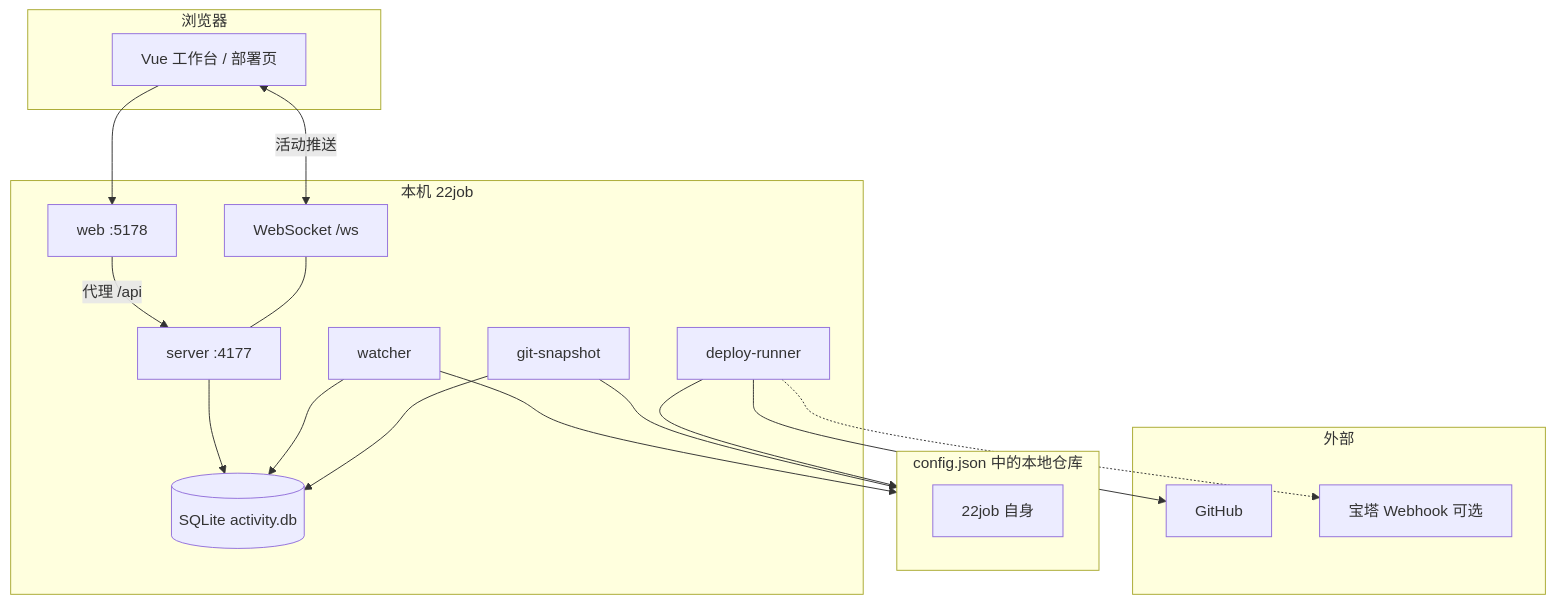
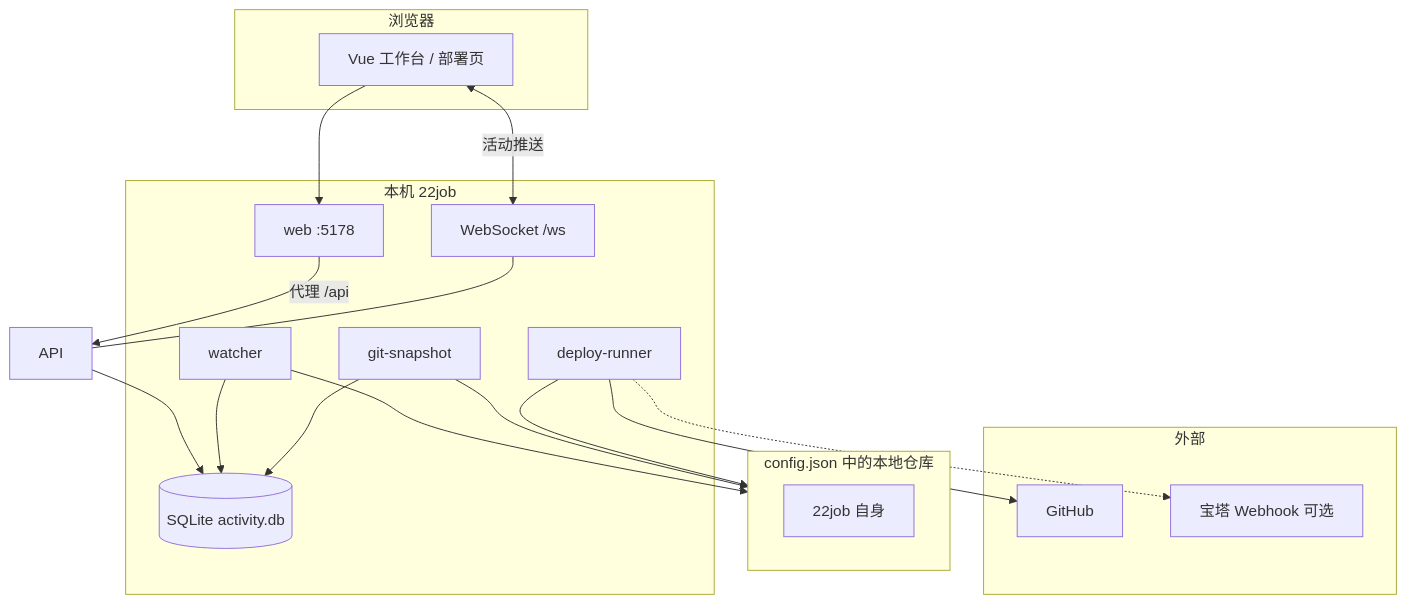
One commit to zxw6/- changed the first of 3 diagrams in README.md. Above: the diagram before and after it, drawn with Mermaid.

````diff
--- a/README.md
+++ b/README.md
@@ -67,38 +67,37 @@
 ```mermaid
 flowchart TB
   subgraph Client["浏览器"]
     UI["Vue 工作台 / 部署页"]
   end
 
   subgraph Local["本机 22job"]
     Vite["web :5178"]
-    API["server :4177"]
     WS["WebSocket /ws"]
     DB[("SQLite activity.db")]
     W["watcher"]
     S["git-snapshot"]
     D["deploy-runner"]
   end
 
   subgraph Monitored["config.json 中的本地仓库"]
     R2["22job 自身"]
   end
 
   subgraph Remote["外部"]
     GH["GitHub"]
     BT["宝塔 Webhook 可选"]
   end
 
   UI --> Vite
   Vite -->|代理 /api| API
   UI <-->|活动推送| WS
   WS --- API
   API --> DB
   W --> Monitored
   S --> Monitored
   W --> DB
   S --> DB
   D --> Monitored
   D --> GH
   D -.-> BT
 ```
````
